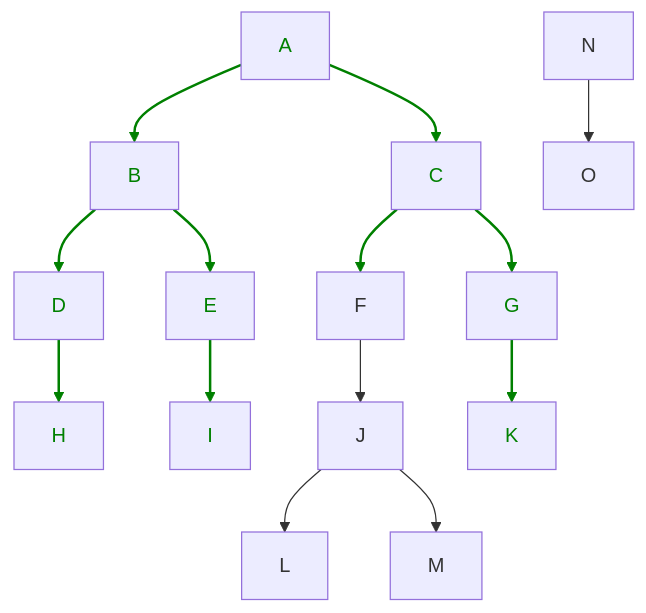
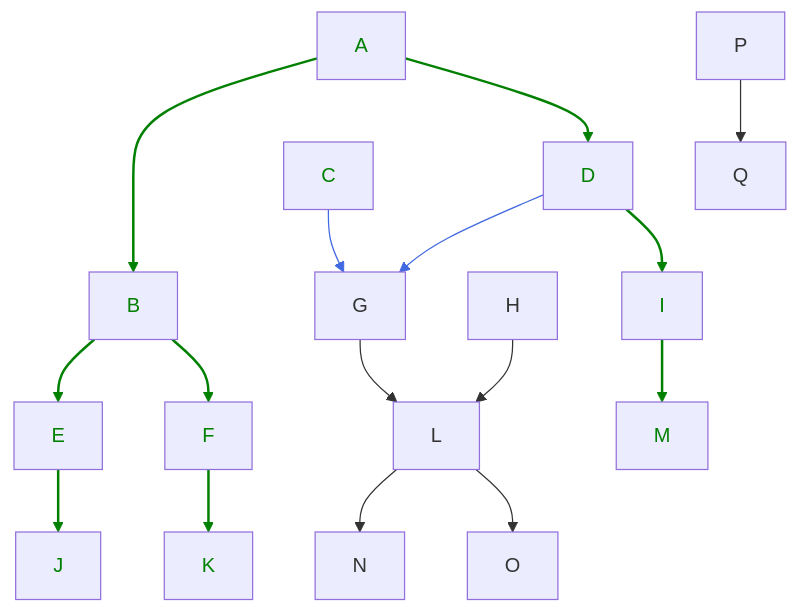
Before and after one commit to bacpack-system/packager: the fifth of 6 diagrams in doc/UseCaseScenarios.md, drawn with Mermaid. The commit also changed other lines of this file, not shown here.

Commit message:
Add more cases to graphs, some doc fixes

````diff
--- a/doc/UseCaseScenarios.md
+++ b/doc/UseCaseScenarios.md
@@ -181,37 +187,39 @@
 ```mermaid
 graph TD
-    A
-    A --> B
-    A --> C
-    B --> D
+    A ---> B
+    A --> D
     B --> E
-    C --> F
+    B --> F
     C --> G
-    D --> H
-    E --> I
-    F --> J
-    G --> K
-    J --> L
-    J --> M
-    N
-    N --> O
+    D --> G
+    H --> L
+    D --> I
+    E --> J
+    F --> K
+    G --> L
+    I --> M
+    L --> N
+    L --> O
+    P --> Q
 
     style C color:green;
-    style G color:green;
-    style K color:green;
+    style D color:green;
+    style I color:green;
+    style M color:green;
     style A color:green;
     style B color:green;
-    style D color:green;
     style E color:green;
-    style H color:green;
-    style I color:green;
+    style F color:green;
+    style J color:green;
+    style K color:green;
     linkStyle 0 stroke:green,stroke-width:2px;
     linkStyle 1 stroke:green,stroke-width:2px;
     linkStyle 2 stroke:green,stroke-width:2px;
     linkStyle 3 stroke:green,stroke-width:2px;
-    linkStyle 4 stroke:green,stroke-width:2px;
-    linkStyle 5 stroke:green,stroke-width:2px;
-    linkStyle 6 stroke:green,stroke-width:2px;
+    linkStyle 4 stroke:royalblue;
+    linkStyle 5 stroke:royalblue;
     linkStyle 7 stroke:green,stroke-width:2px;
+    linkStyle 8 stroke:green,stroke-width:2px;
     linkStyle 9 stroke:green,stroke-width:2px;
+    linkStyle 11 stroke:green,stroke-width:2px;
 ```
````
